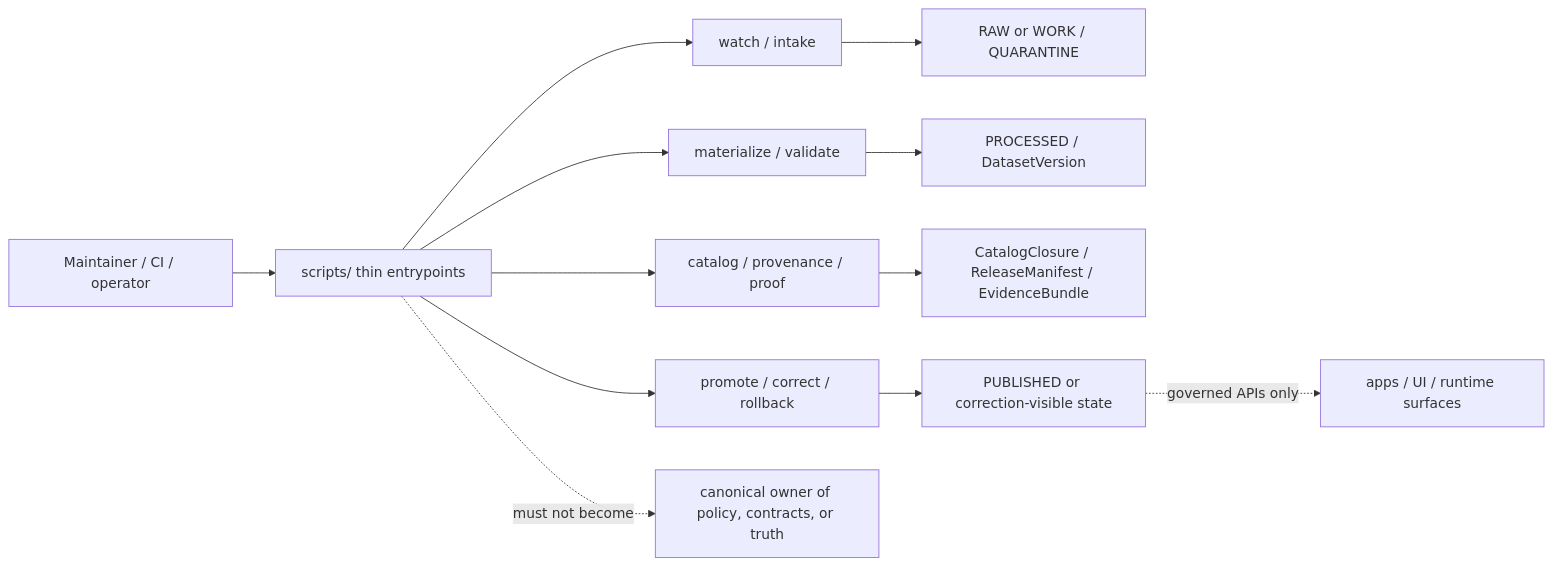
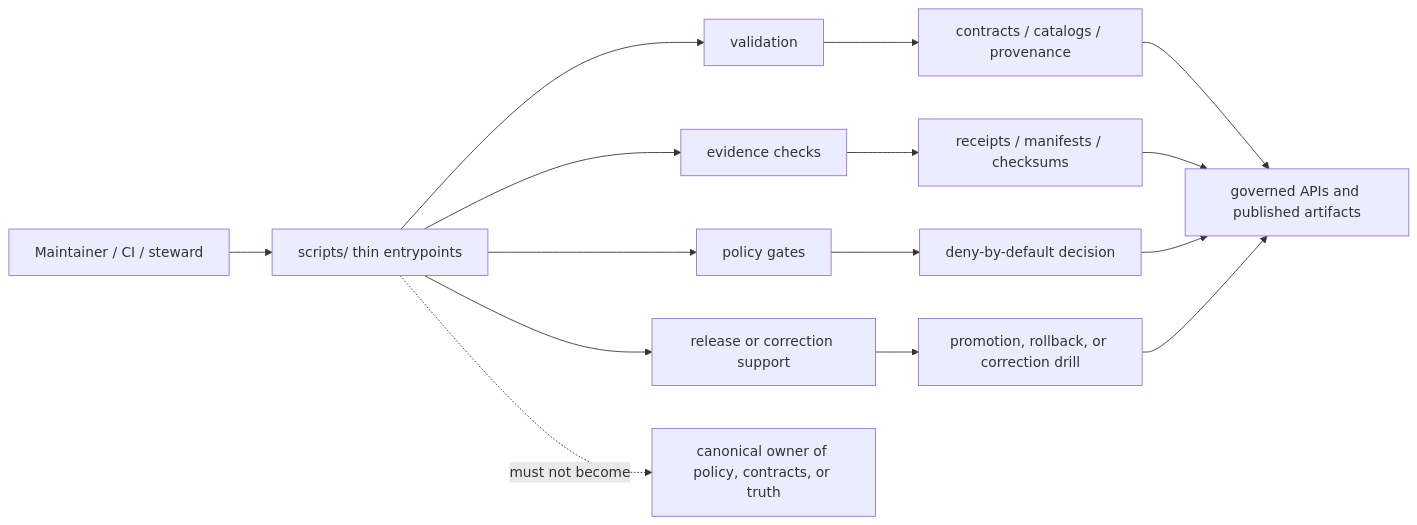
The diagram in scripts/README.md (bartytime4life/Kansas-Frontier-Matrix), drawn with Mermaid before and after one commit. The commit also changed other lines of this file, not shown here.

````diff
--- a/scripts/README.md
+++ b/scripts/README.md
@@ -288,17 +283,21 @@
 ```mermaid
 flowchart LR
-    A[Maintainer / CI / operator] --> B[scripts/ thin entrypoints]
+    A[Maintainer / CI / steward] --> B[scripts/ thin entrypoints]
 
-    B --> C[watch / intake]
-    B --> D[materialize / validate]
-    B --> E[catalog / provenance / proof]
-    B --> F[promote / correct / rollback]
+    B --> C[validation]
+    B --> D[evidence checks]
+    B --> E[policy gates]
+    B --> F[release or correction support]
 
-    C --> G[RAW or WORK / QUARANTINE]
-    D --> H[PROCESSED / DatasetVersion]
-    E --> I[CatalogClosure / ReleaseManifest / EvidenceBundle]
-    F --> J[PUBLISHED or correction-visible state]
+    C --> G[contracts / catalogs / provenance]
+    D --> H[receipts / manifests / checksums]
+    E --> I[deny-by-default decision]
+    F --> J[promotion, rollback, or correction drill]
 
-    J -. governed APIs only .-> K[apps / UI / runtime surfaces]
+    G --> K[governed APIs and published artifacts]
+    H --> K
+    I --> K
+    J --> K
+
     B -. must not become .-> L[canonical owner of policy, contracts, or truth]
 ```
````
